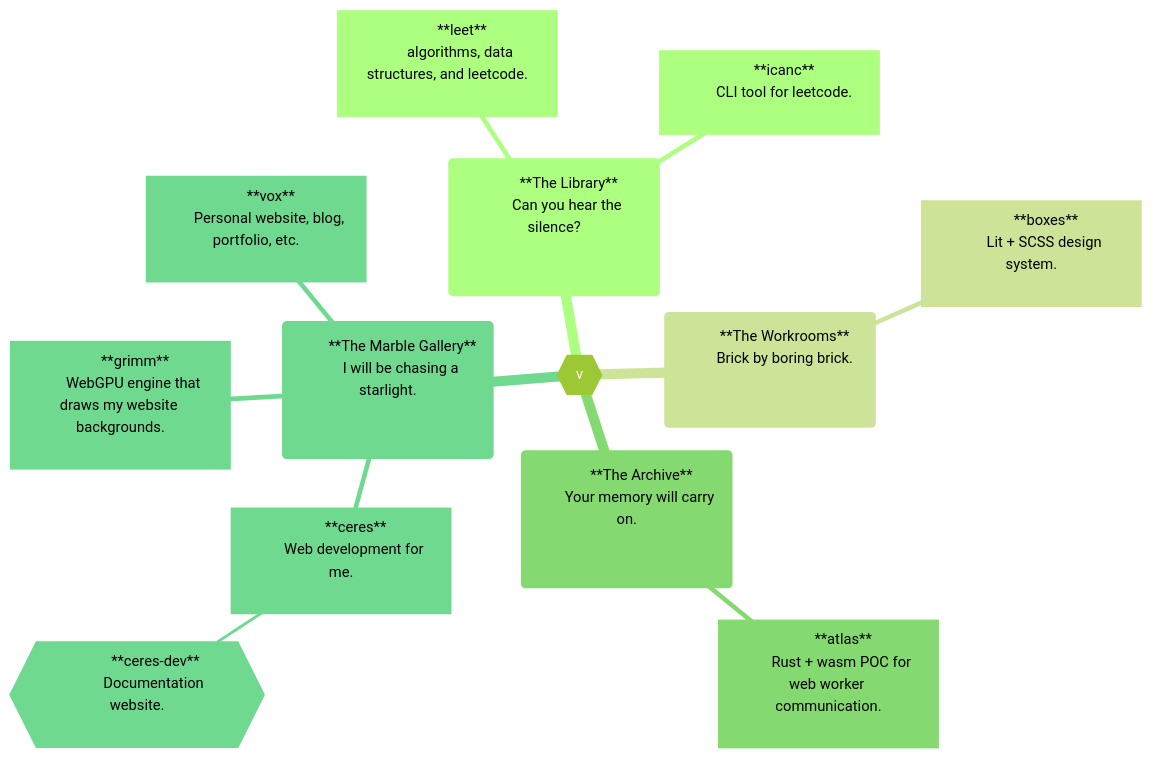
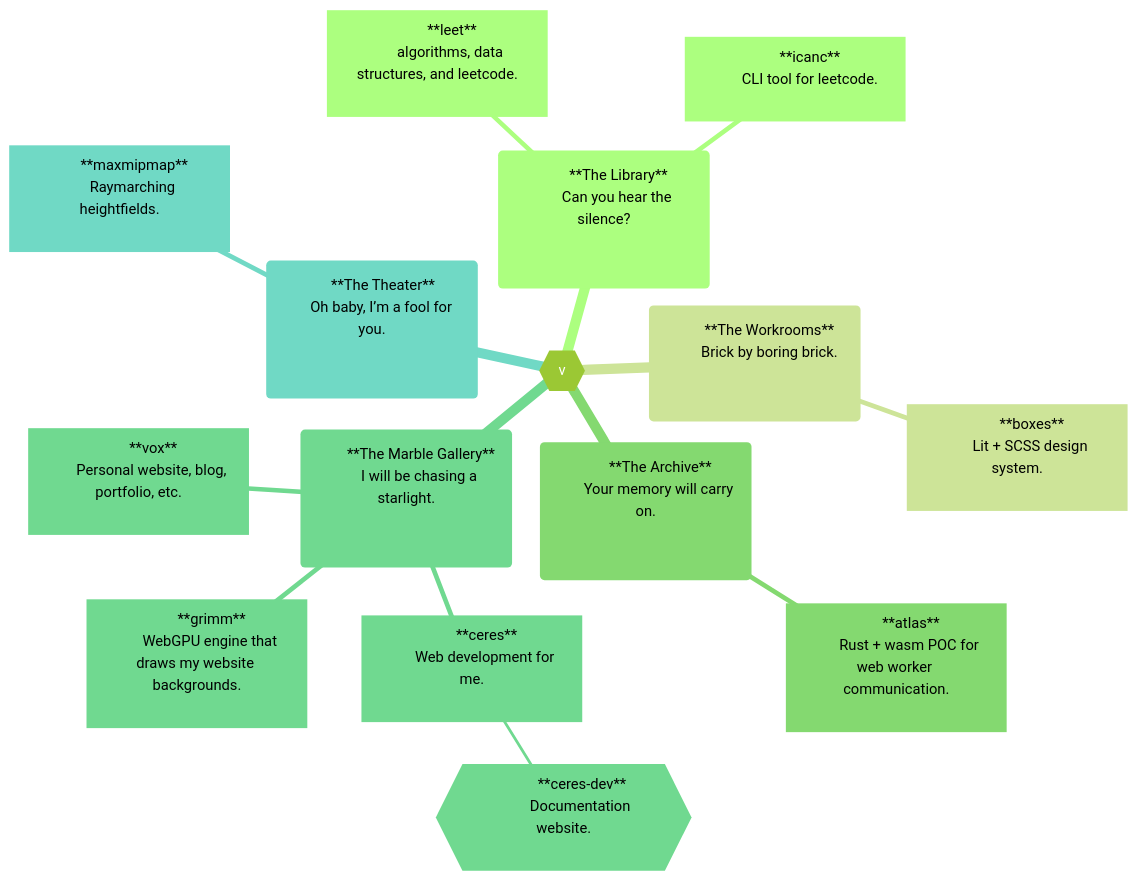
One commit to voxelstack/voxelstack changed the diagram in README.md. Above: the diagram before and after it, drawn with Mermaid (forest theme).

````diff
--- a/README.md
+++ b/README.md
@@ -4,57 +4,66 @@
 ```mermaid
 mindmap
   root{{v}}
     (
         **The Library**
         Can you hear the silence?
         <!-- Can you see the dark? -->
     )
       [
         **leet**
         algorithms, data structures, and leetcode.
       ]
       [
         **icanc**
         CLI tool for leetcode.
       ]
     (
         <!-- The word "workshop" was taken from us. -->
         **The Workrooms**
         Brick by boring brick.
         <!-- Or the wolf's gonna blow it down. -->
     )
       [
         **boxes**
         Lit + SCSS design system.
       ]
     (
         **The Archive**
         Your memory will carry on.
         <!-- We'll carry on. -->
     )
       [
         **atlas**
         Rust + wasm POC for web worker communication.
       ]
     (
         **The Marble Gallery**
         I will be chasing a starlight.
         <!-- Until the end of my life. -->
     )
       [
         **ceres**
         Web development for me.
       ]
         {{
           **ceres-dev**
           Documentation website.
         }}
       [
         **grimm**
         WebGPU engine that draws my website backgrounds.
       ]
       [
         **vox**
         Personal website, blog, portfolio, etc.
       ]
+    (
+      **The Theater**
+      Oh baby, I’m a fool for you.
+      <!-- You're the queen of the superficial. -->
+    )
+      [
+        **maxmipmap**
+        Raymarching heightfields.
+      ]
 ```
````
